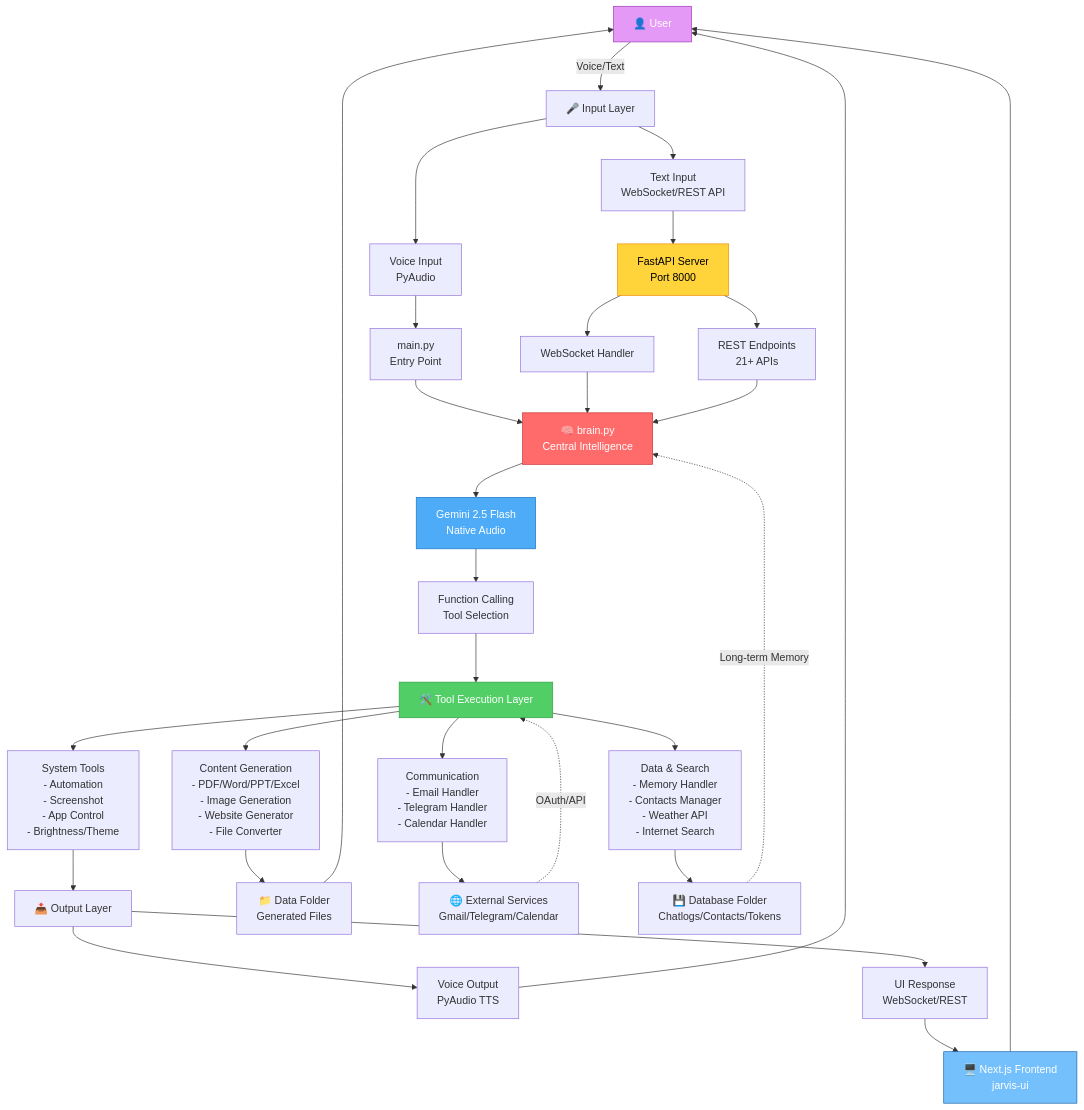
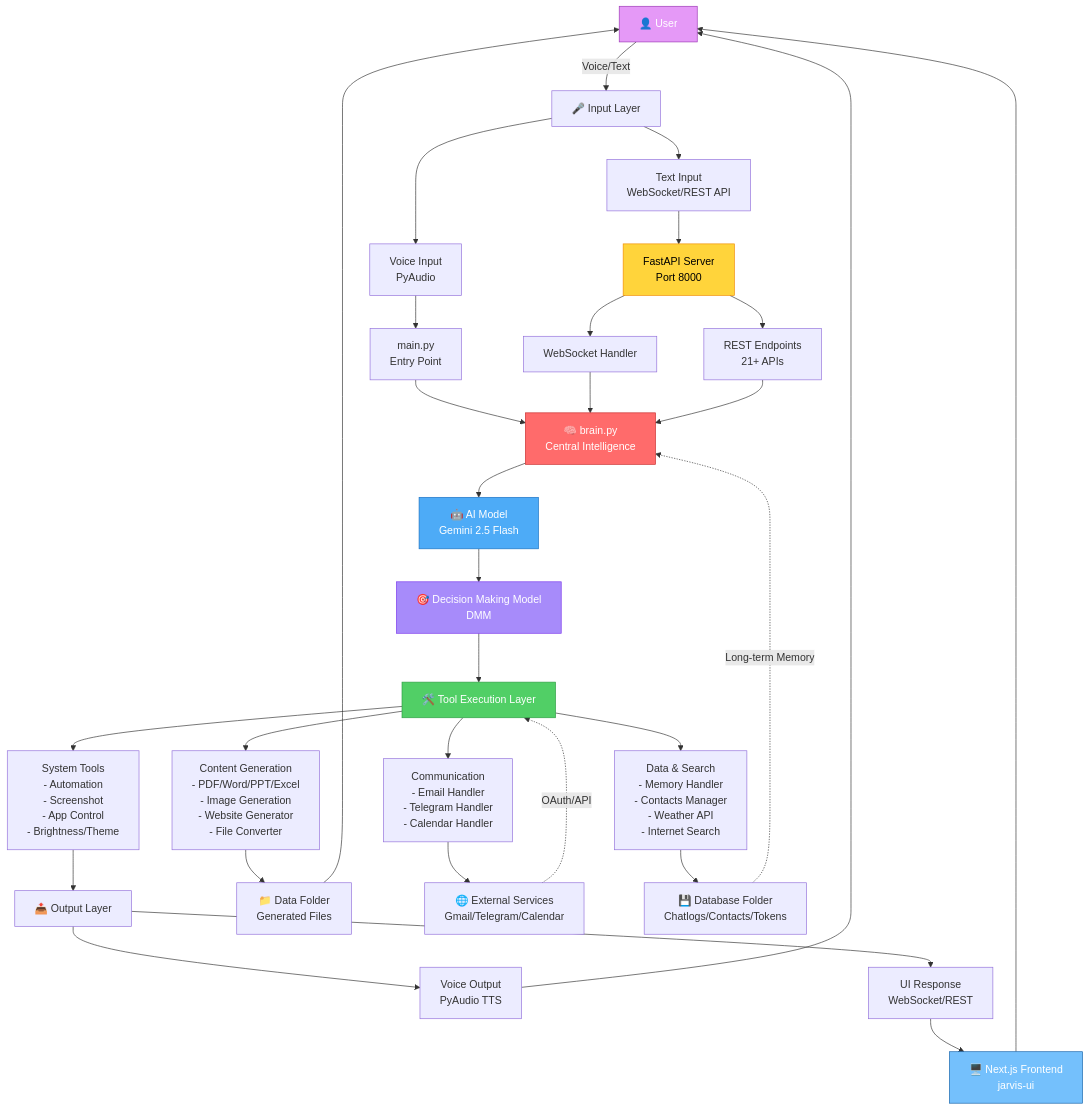
One commit to syedmehfooz47/Friday2 changed the first of 2 diagrams in ARCHITECTURE_OVERVIEW.md. Above: the diagram before and after it, drawn with Mermaid. The commit also changed other lines of this file and 6 other files, not shown here.

First line of the commit message:
feat: Add Decision Making Model (DMM) - proprietary AI engine

````diff
--- a/ARCHITECTURE_OVERVIEW.md
+++ b/ARCHITECTURE_OVERVIEW.md
@@ -5,50 +5,51 @@
 ```mermaid
 flowchart TB
     User[👤 User] -->|Voice/Text| Input[🎤 Input Layer]
     
     Input --> VoiceInput[Voice Input<br/>PyAudio]
     Input --> TextInput[Text Input<br/>WebSocket/REST API]
     
     VoiceInput --> MainPy[main.py<br/>Entry Point]
     TextInput --> FastAPI[FastAPI Server<br/>Port 8000]
     
     FastAPI --> WSHandler[WebSocket Handler]
     FastAPI --> RESTEndpoints[REST Endpoints<br/>21+ APIs]
     
     MainPy --> Brain[🧠 brain.py<br/>Central Intelligence]
     WSHandler --> Brain
     RESTEndpoints --> Brain
     
-    Brain --> Gemini[Gemini 2.5 Flash<br/>Native Audio]
-    Gemini --> FunctionCalling[Function Calling<br/>Tool Selection]
+    Brain --> AIModel[🤖 AI Model<br/>Gemini 2.5 Flash]
+    AIModel --> DMM[🎯 Decision Making Model<br/>DMM]
     
-    FunctionCalling --> Tools[🛠️ Tool Execution Layer]
+    DMM --> Tools[🛠️ Tool Execution Layer]
     
     Tools --> SystemTools[System Tools<br/>- Automation<br/>- Screenshot<br/>- App Control<br/>- Brightness/Theme]
     Tools --> ContentTools[Content Generation<br/>- PDF/Word/PPT/Excel<br/>- Image Generation<br/>- Website Generator<br/>- File Converter]
     Tools --> CommTools[Communication<br/>- Email Handler<br/>- Telegram Handler<br/>- Calendar Handler]
     Tools --> DataTools[Data & Search<br/>- Memory Handler<br/>- Contacts Manager<br/>- Weather API<br/>- Internet Search]
     
     SystemTools --> Output[📤 Output Layer]
     ContentTools --> Files[📁 Data Folder<br/>Generated Files]
     CommTools --> External[🌐 External Services<br/>Gmail/Telegram/Calendar]
     DataTools --> Database[💾 Database Folder<br/>Chatlogs/Contacts/Tokens]
     
     Output --> VoiceOutput[Voice Output<br/>PyAudio TTS]
     Output --> UIResponse[UI Response<br/>WebSocket/REST]
     
     Files --> User
     VoiceOutput --> User
     UIResponse --> UI[🖥️ Next.js Frontend<br/>jarvis-ui]
     UI --> User
     
     Database -.->|Long-term Memory| Brain
     External -.->|OAuth/API| Tools
     
     style Brain fill:#ff6b6b,stroke:#c92a2a,color:#fff
-    style Gemini fill:#4dabf7,stroke:#1971c2,color:#fff
+    style AIModel fill:#4dabf7,stroke:#1971c2,color:#fff
+    style DMM fill:#a78bfa,stroke:#7c3aed,color:#fff
     style Tools fill:#51cf66,stroke:#2f9e44,color:#fff
     style FastAPI fill:#ffd43b,stroke:#f08c00,color:#000
     style User fill:#e599f7,stroke:#9c36b5,color:#fff
     style UI fill:#74c0fc,stroke:#1864ab,color:#fff
 ```
````
